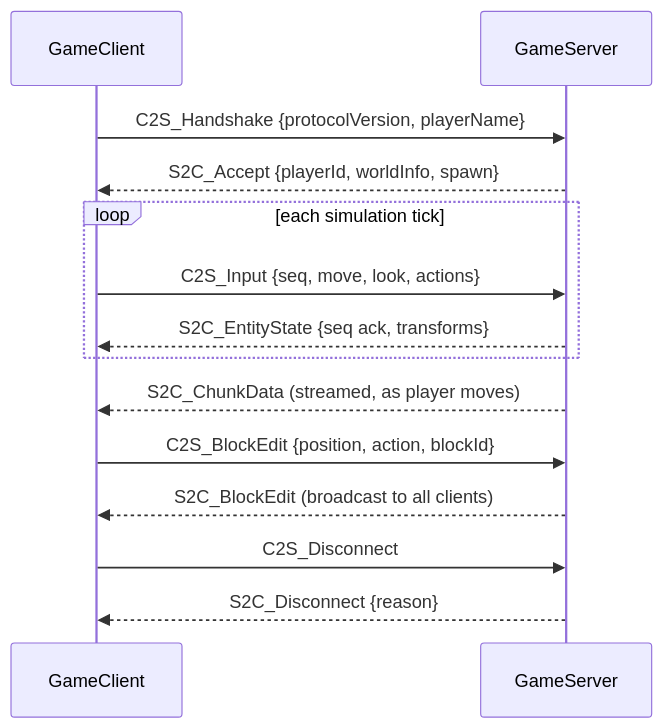
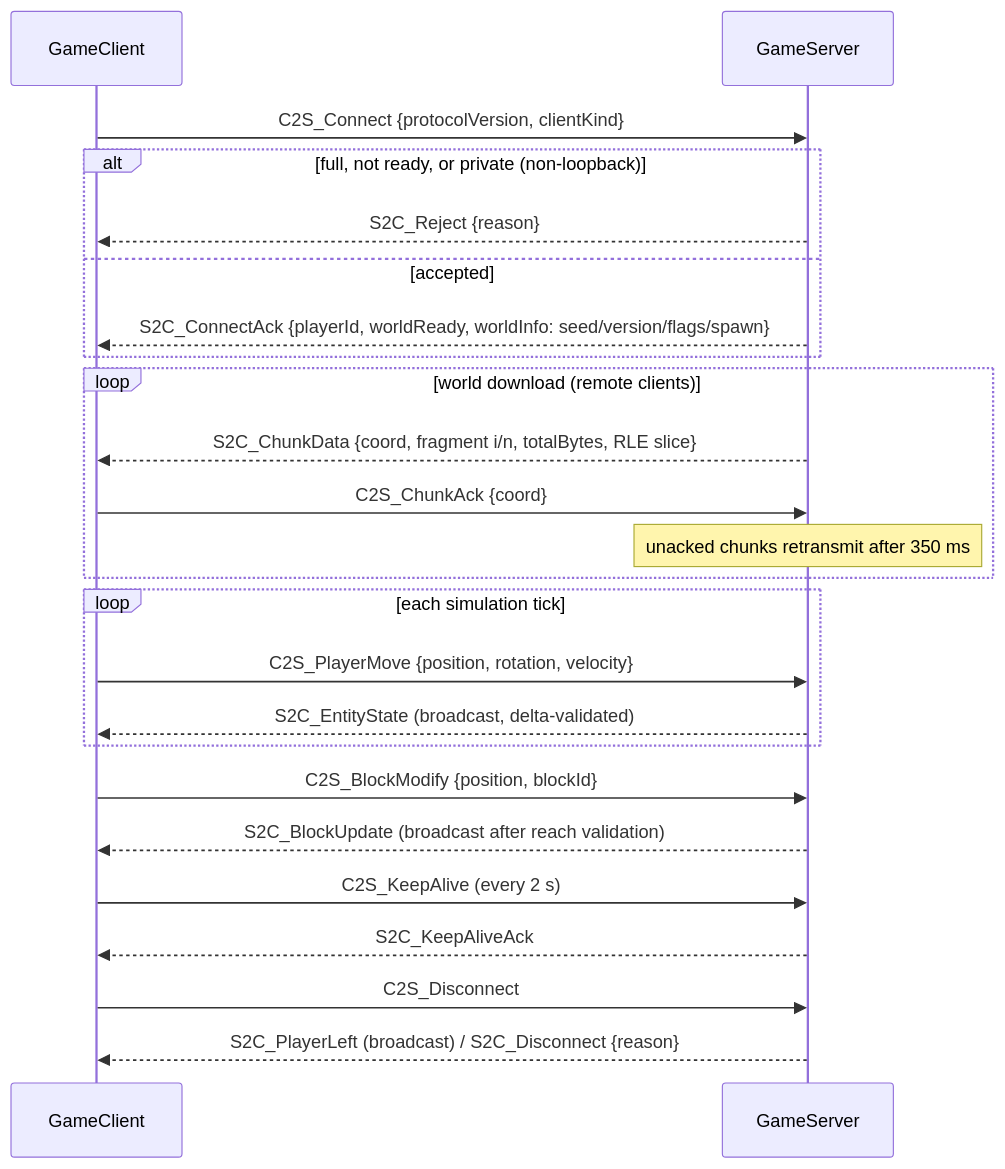
One commit to GoGurtPrime/voxels changed diagram 14 of 15 in DIAGRAMS.md. Above: the diagram before and after it, drawn with Mermaid. The commit also changed other lines of this file and 1 other file, not shown here.

Commit message:
Agent: Document multiplayer runtime protocol and join flow

````diff
--- a/DIAGRAMS.md
+++ b/DIAGRAMS.md
@@ -445,16 +452,26 @@
 ```mermaid
 sequenceDiagram
     participant C as GameClient
     participant S as GameServer
-    C->>S: C2S_Handshake {protocolVersion, playerName}
-    S-->>C: S2C_Accept {playerId, worldInfo, spawn}
+    C->>S: C2S_Connect {protocolVersion, clientKind}
+    alt full, not ready, or private (non-loopback)
+        S-->>C: S2C_Reject {reason}
+    else accepted
+        S-->>C: S2C_ConnectAck {playerId, worldReady, worldInfo: seed/version/flags/spawn}
+    end
+    loop world download (remote clients)
+        S-->>C: S2C_ChunkData {coord, fragment i/n, totalBytes, RLE slice}
+        C->>S: C2S_ChunkAck {coord}
+        Note over S: unacked chunks retransmit after 350 ms
+    end
     loop each simulation tick
-        C->>S: C2S_Input {seq, move, look, actions}
-        S-->>C: S2C_EntityState {seq ack, transforms}
+        C->>S: C2S_PlayerMove {position, rotation, velocity}
+        S-->>C: S2C_EntityState (broadcast, delta-validated)
     end
-    S-->>C: S2C_ChunkData (streamed, as player moves)
-    C->>S: C2S_BlockEdit {position, action, blockId}
-    S-->>C: S2C_BlockEdit (broadcast to all clients)
+    C->>S: C2S_BlockModify {position, blockId}
+    S-->>C: S2C_BlockUpdate (broadcast after reach validation)
+    C->>S: C2S_KeepAlive (every 2 s)
+    S-->>C: S2C_KeepAliveAck
     C->>S: C2S_Disconnect
-    S-->>C: S2C_Disconnect {reason}
+    S-->>C: S2C_PlayerLeft (broadcast) / S2C_Disconnect {reason}
 ```
````
